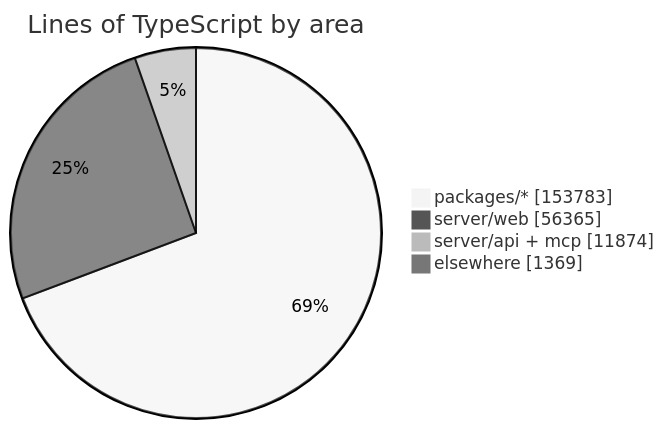
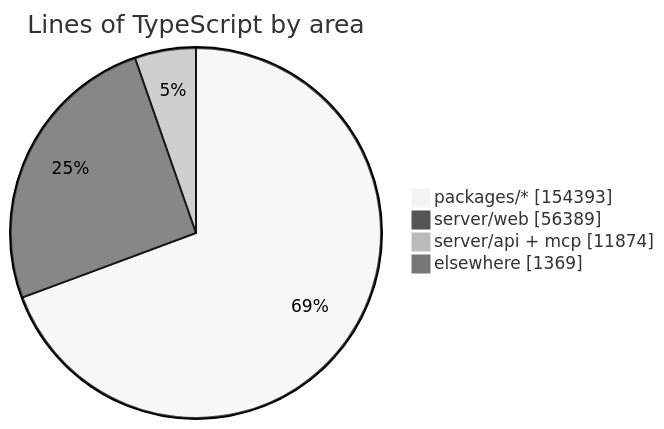
One commit to crossworks-engineering/mantle changed the diagram in README.md. Above: the diagram before and after it, drawn with Mermaid (neutral theme). The commit also changed other lines of this file and 2 other files, not shown here.

````diff
--- a/README.md
+++ b/README.md
@@ -279,7 +279,7 @@
 ```mermaid
 pie showData title Lines of TypeScript by area
-    "packages/*" : 153783
-    "server/web" : 56365
+    "packages/*" : 154393
+    "server/web" : 56389
     "server/api + mcp" : 11874
     "elsewhere" : 1369
 ```
````
